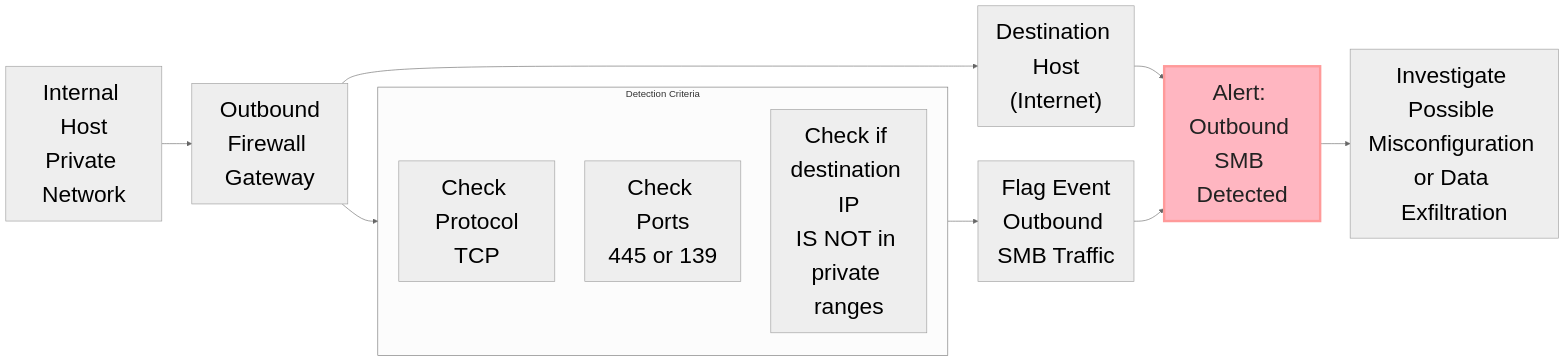
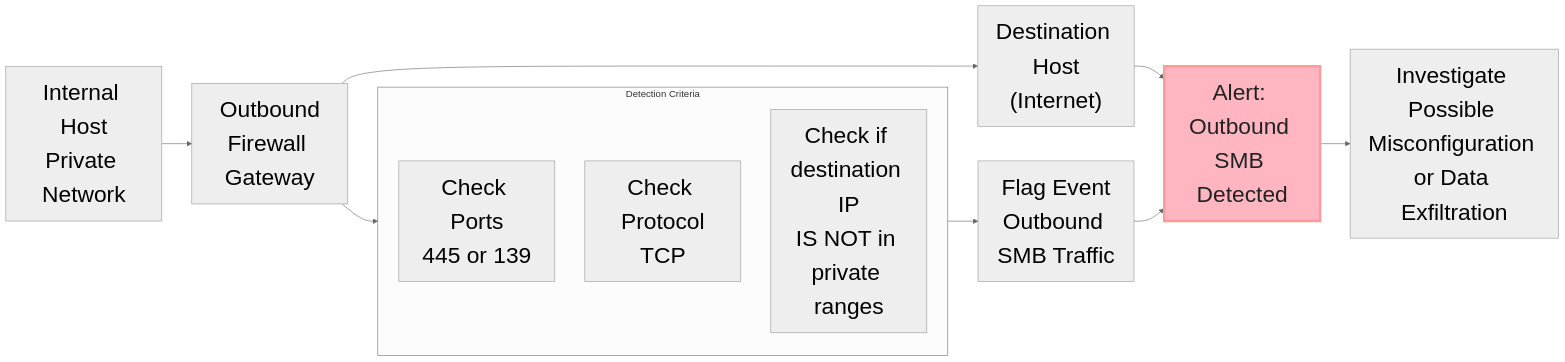
One commit to gcastill0/project-07-SIEM-Detections changed the diagram in Cisco-Meraki-MX-Firewall.md. Above: the diagram before and after it, drawn with Mermaid (neutral theme). The commit also changed other lines of this file and 1 other file, not shown here.

````diff
--- a/Cisco-Meraki-MX-Firewall.md
+++ b/Cisco-Meraki-MX-Firewall.md
@@ -15,29 +15,29 @@
 ```mermaid
 flowchart LR
  subgraph SB["Detection Criteria"]
+        E["Check Ports<br>445 or 139"]
         D["Check Protocol<br>TCP"]
-        E["Check Ports<br>445 or 139"]
         F["Check if destination IP<br>IS NOT in private ranges"]
   end
   
     A["Internal Host<br>Private Network"]
     B["Outbound<br>Firewall Gateway"]
     C["Destination Host<br>(Internet)"]
     A --> B
     B --> C
     C --> H
     B --> SB
     SB --> G["Flag Event<br>Outbound SMB Traffic"]
     G --> H["Alert: Outbound SMB Detected"]
     H --> I["Investigate Possible Misconfiguration or Data Exfiltration"]
 
     style A font-size:2.4ch;
     style B font-size:2.4ch;
     style C font-size:2.4ch;
     style D font-size:2.4ch;
     style E font-size:2.4ch;
     style F font-size:2.4ch;
     style G font-size:2.4ch;
     style H font-size:2.4ch, stroke:#FF9A9A, stroke-width:4px, color:#222222, fill:lightpink;
     style I font-size:2.4ch;
 ```
````
